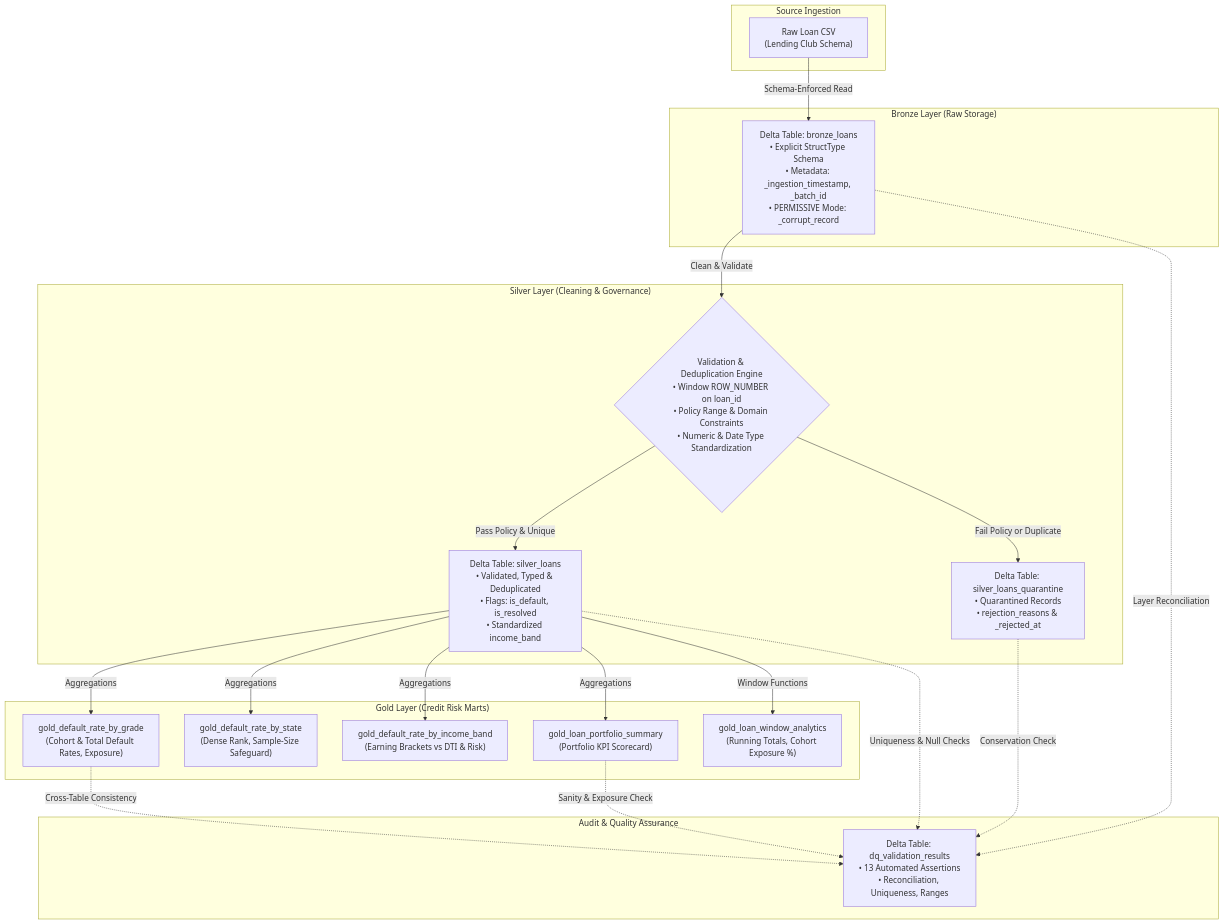
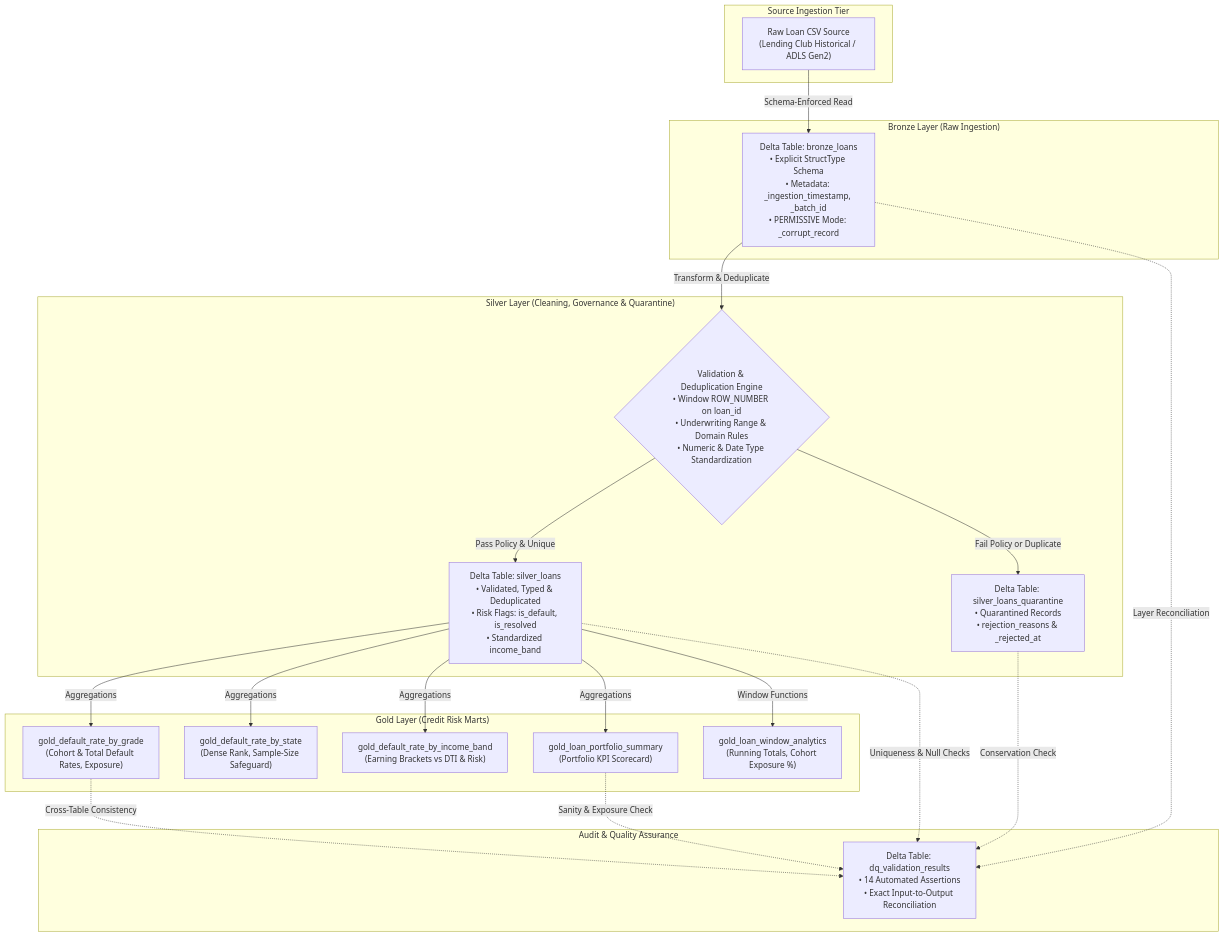
The diagram in README.md (ramsedhiraj/Credit-Risk-Data-Lakehouse), drawn with Mermaid before and after one commit. The commit also changed other lines of this file and 8 other files, not shown here.

````diff
--- a/README.md
+++ b/README.md
@@ -44,43 +46,43 @@
 ```mermaid
 flowchart TD
-    subgraph Ingestion ["Source Ingestion"]
-        A["Raw Loan CSV<br/>(Lending Club Schema)"]
+    subgraph Ingestion ["Source Ingestion Tier"]
+        A["Raw Loan CSV Source<br/>(Lending Club Historical / ADLS Gen2)"]
     end
 
-    subgraph Bronze ["Bronze Layer (Raw Storage)"]
+    subgraph Bronze ["Bronze Layer (Raw Ingestion)"]
         B["Delta Table: bronze_loans<br/>• Explicit StructType Schema<br/>• Metadata: _ingestion_timestamp, _batch_id<br/>• PERMISSIVE Mode: _corrupt_record"]
     end
 
-    subgraph Silver ["Silver Layer (Cleaning & Governance)"]
-        C{"Validation & Deduplication Engine<br/>• Window ROW_NUMBER on loan_id<br/>• Policy Range & Domain Constraints<br/>• Numeric & Date Type Standardization"}
-        D["Delta Table: silver_loans<br/>• Validated, Typed & Deduplicated<br/>• Flags: is_default, is_resolved<br/>• Standardized income_band"]
+    subgraph Silver ["Silver Layer (Cleaning, Governance & Quarantine)"]
+        C{"Validation & Deduplication Engine<br/>• Window ROW_NUMBER on loan_id<br/>• Underwriting Range & Domain Rules<br/>• Numeric & Date Type Standardization"}
+        D["Delta Table: silver_loans<br/>• Validated, Typed & Deduplicated<br/>• Risk Flags: is_default, is_resolved<br/>• Standardized income_band"]
         E["Delta Table: silver_loans_quarantine<br/>• Quarantined Records<br/>• rejection_reasons & _rejected_at"]
     end
 
     subgraph Gold ["Gold Layer (Credit Risk Marts)"]
         F["gold_default_rate_by_grade<br/>(Cohort & Total Default Rates, Exposure)"]
         G["gold_default_rate_by_state<br/>(Dense Rank, Sample-Size Safeguard)"]
         H["gold_default_rate_by_income_band<br/>(Earning Brackets vs DTI & Risk)"]
         I["gold_loan_portfolio_summary<br/>(Portfolio KPI Scorecard)"]
         J["gold_loan_window_analytics<br/>(Running Totals, Cohort Exposure %)"]
     end
 
     subgraph Audit ["Audit & Quality Assurance"]
-        K["Delta Table: dq_validation_results<br/>• 13 Automated Assertions<br/>• Reconciliation, Uniqueness, Ranges"]
+        K["Delta Table: dq_validation_results<br/>• 14 Automated Assertions<br/>• Exact Input-to-Output Reconciliation"]
     end
 
     A -->|Schema-Enforced Read| B
-    B -->|Clean & Validate| C
+    B -->|Transform & Deduplicate| C
     C -->|Pass Policy & Unique| D
     C -->|Fail Policy or Duplicate| E
     D -->|Aggregations| F
     D -->|Aggregations| G
     D -->|Aggregations| H
     D -->|Aggregations| I
     D -->|Window Functions| J
     B -.->|Layer Reconciliation| K
     D -.->|Uniqueness & Null Checks| K
     E -.->|Conservation Check| K
     F -.->|Cross-Table Consistency| K
     I -.->|Sanity & Exposure Check| K
 ```
````
